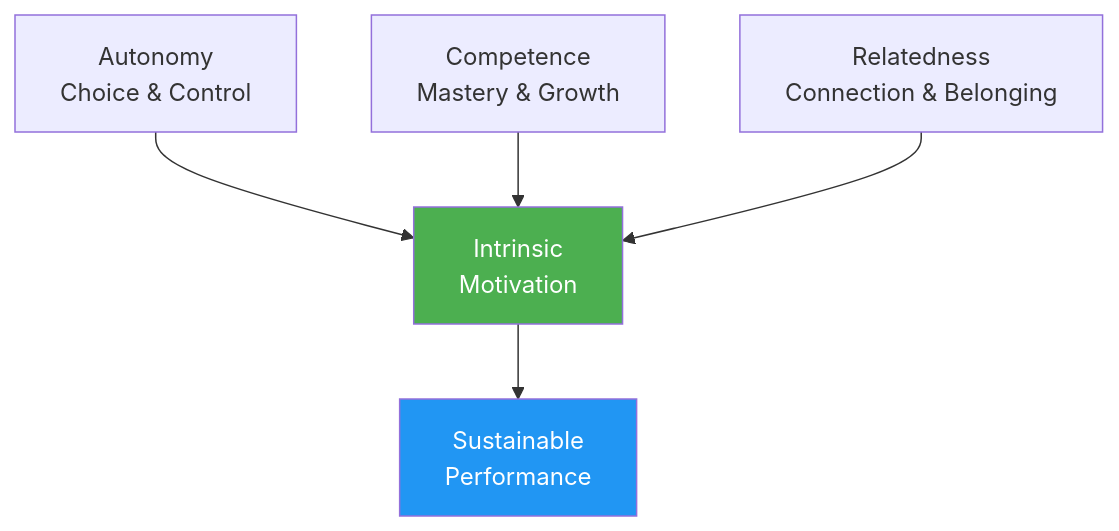
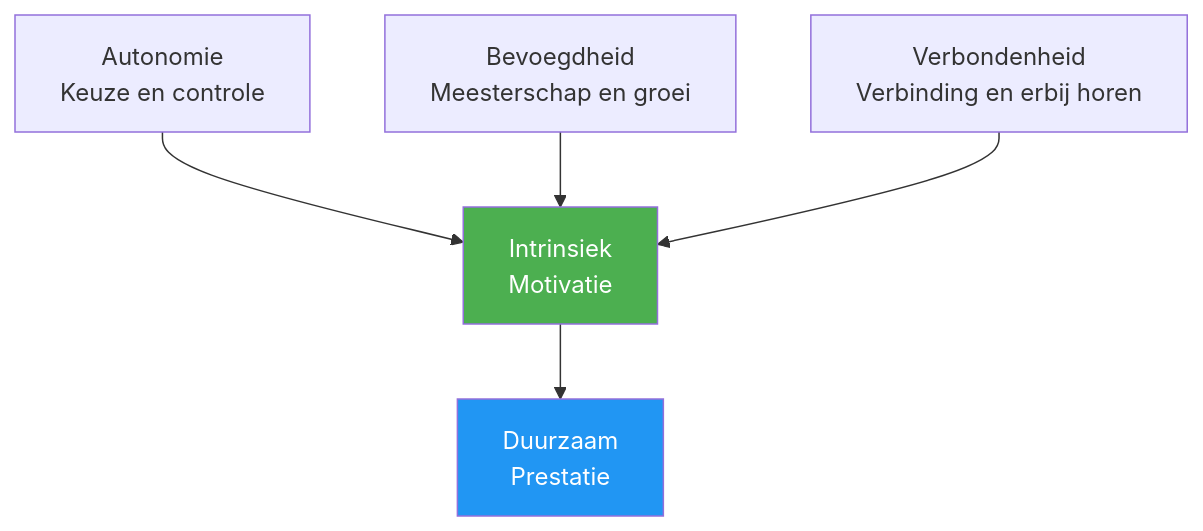
The diagram in docs/nl/education/motivation/motivation.md (patwii/petanque-academy), drawn with Mermaid before and after one commit. The commit also changed other lines of this file and 550 other files, not shown here.

````diff
--- a/docs/nl/education/motivation/motivation.md
+++ b/docs/nl/education/motivation/motivation.md
@@ -121,10 +121,10 @@
 ```mermaid
 graph TD
-    A[Autonomy<br/>Choice & Control] --> D[Intrinsic<br/>Motivation]
-    B[Competence<br/>Mastery & Growth] --> D
-    C[Relatedness<br/>Connection & Belonging] --> D
-    D --> E[Sustainable<br/>Performance]
+    A[Autonomie <br/> Keuze en controle] --> D[Intrinsiek <br/> Motivatie]
+    B[Bevoegdheid <br/> Meesterschap en groei] --> D
+    C[Verbondenheid <br/> Verbinding en erbij horen] --> D
+    D --> E[Duurzaam <br/> Prestatie]
     
     style D fill:#4CAF50,color:#fff
     style E fill:#2196F3,color:#fff
 ```
````
